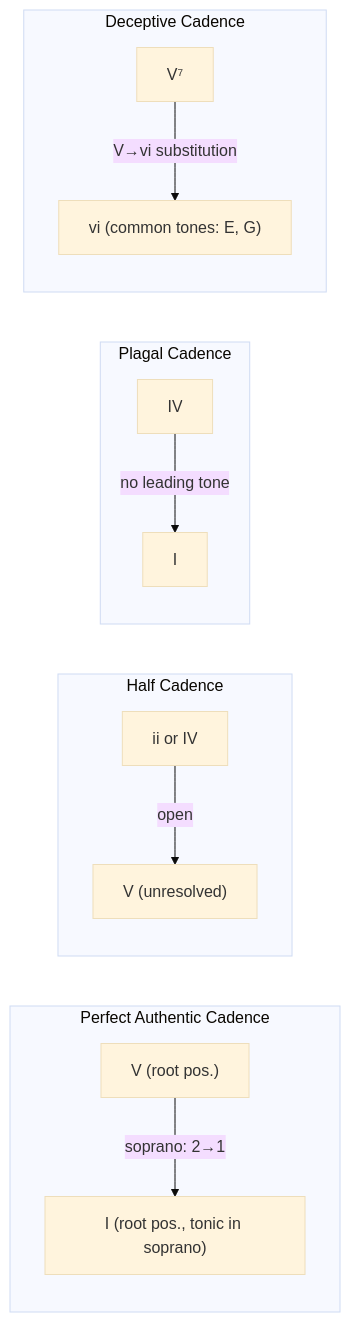
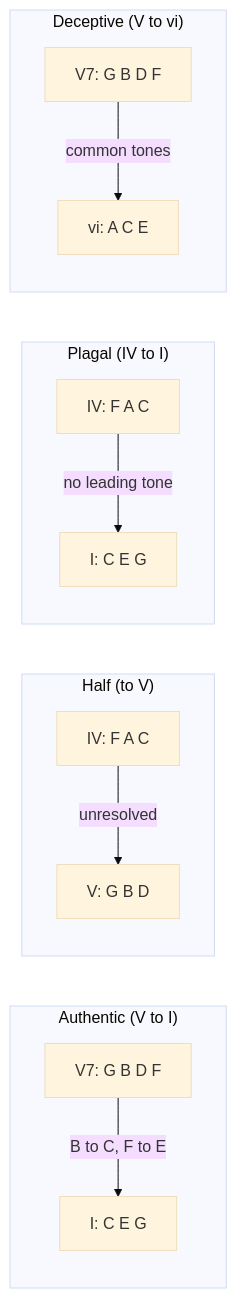
The second of 3 diagrams in topics/arts/composition/music_theory/lesson_03_chord_progressions.md (blebleblee/synapse), drawn with Mermaid (base theme) before and after one commit. The commit also changed other lines of this file and 4 other files, not shown here.

````diff
--- a/topics/arts/composition/music_theory/lesson_03_chord_progressions.md
+++ b/topics/arts/composition/music_theory/lesson_03_chord_progressions.md
@@ -170,15 +152,15 @@
 ```mermaid
 graph LR
-    subgraph sub_perfect_authentic_cadence ["Perfect Authentic Cadence"]
-        V_pac["V (root pos.)"] -->|"soprano: 2→1"| I_pac["I (root pos., tonic in soprano)"]
+    subgraph sub_authentic ["Authentic (V to I)"]
+        V_auth["V7: G B D F"] -->|"B to C, F to E"| I_auth["I: C E G"]
     end
-    subgraph sub_half_cadence ["Half Cadence"]
-        II_hc["ii or IV"] -->|"open"| V_hc["V (unresolved)"]
+    subgraph sub_half ["Half (to V)"]
+        IV_half["IV: F A C"] -->|"unresolved"| V_half["V: G B D"]
     end
-    subgraph sub_plagal_cadence ["Plagal Cadence"]
-        IV_pl["IV"] -->|"no leading tone"| I_pl["I"]
+    subgraph sub_plagal ["Plagal (IV to I)"]
+        IV_plag["IV: F A C"] -->|"no leading tone"| I_plag["I: C E G"]
     end
-    subgraph sub_deceptive_cadence ["Deceptive Cadence"]
-        V_dc["V⁷"] -->|"V→vi substitution"| vi_dc["vi (common tones: E, G)"]
+    subgraph sub_deceptive ["Deceptive (V to vi)"]
+        V_dec["V7: G B D F"] -->|"common tones"| vi_dec["vi: A C E"]
     end
 ```
````
